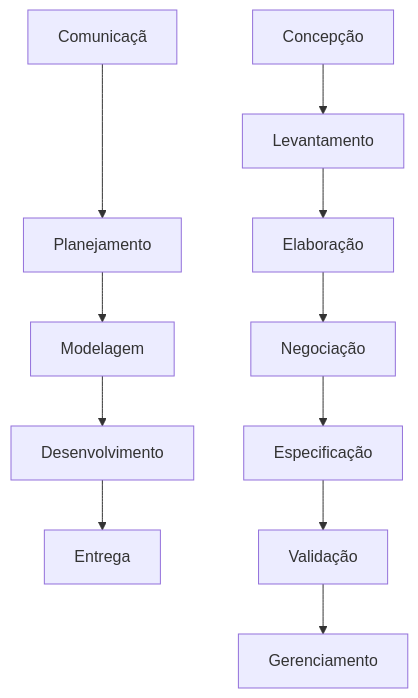
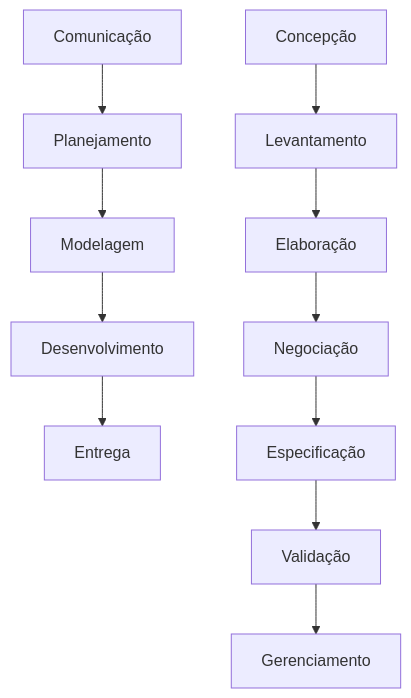
One commit to vanessacezarn/3_Semestre changed the diagram in Engenharia e Requisitos de Software/aula_06 26.03.md. Above: the diagram before and after it, drawn with Mermaid.

Commit message:
Update aula_06 26.03.md

````diff
--- a/Engenharia e Requisitos de Software/aula_06 26.03.md
+++ b/Engenharia e Requisitos de Software/aula_06 26.03.md
@@ -5,13 +5,13 @@
 ```mermaid
 graph TD;
-    Comunicação--> Planejamento ;
-    Planejamento--> Modelagem;
+    Comunicação --> Planejamento ;
+    Planejamento --> Modelagem;
     Modelagem--> Desenvolvimento;
     Desenvolvimento--> Entrega;
     Concepção --> Levantamento;
     Levantamento --> Elaboração;
     Elaboração --> Negociação;
     Negociação --> Especificação;
     Especificação --> Validação;
     Validação --> Gerenciamento;
 ```
````
